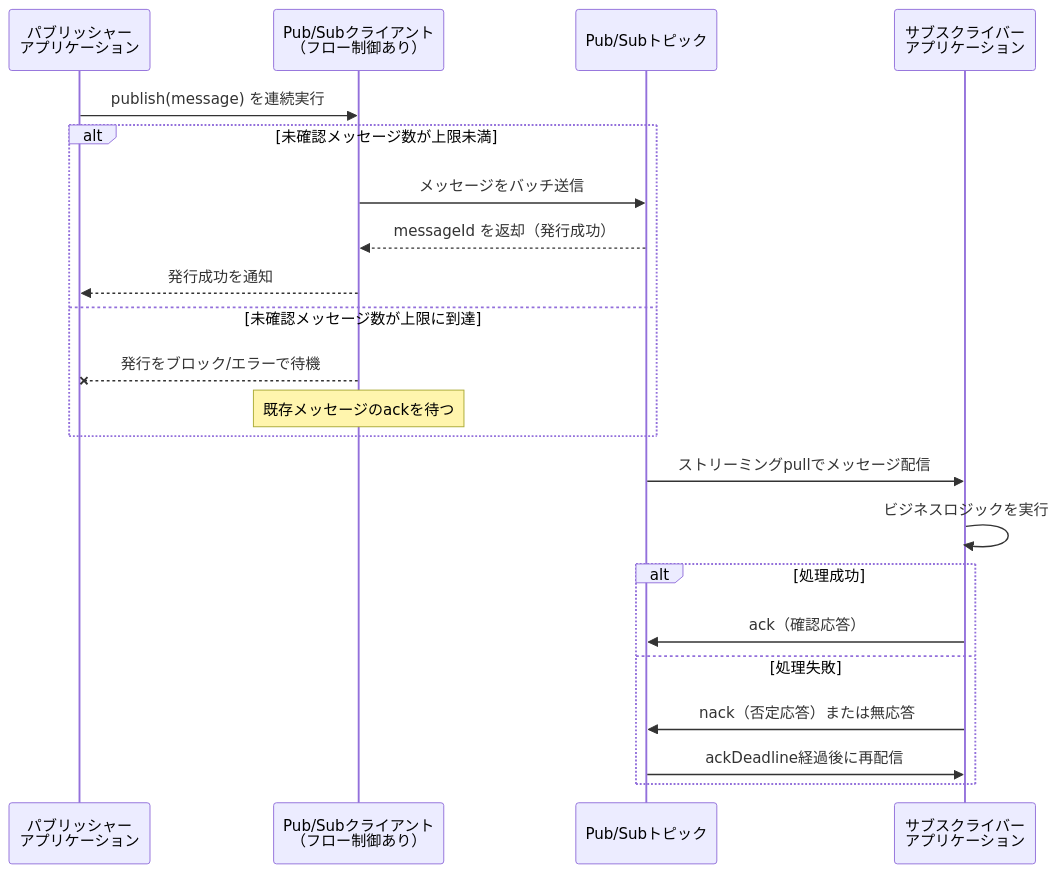
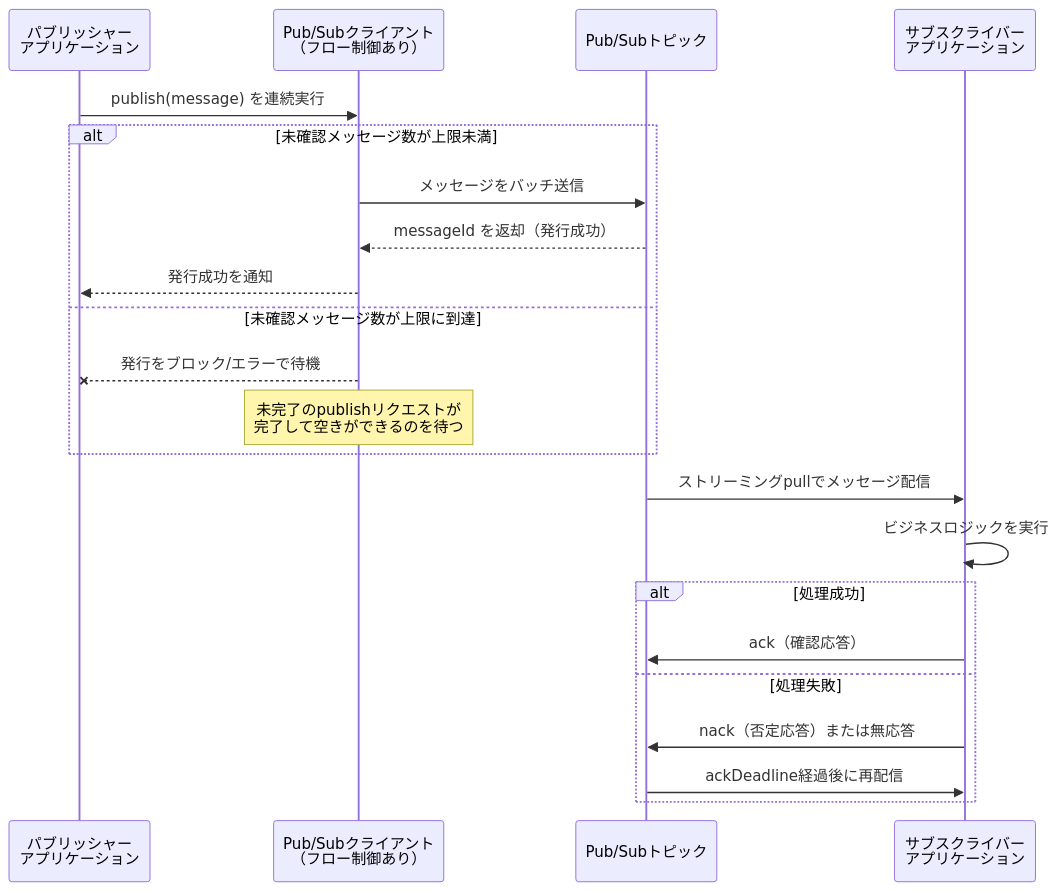
The sixth of 15 diagrams in Gcp-professional-cloud-developer-section4.md (myoshi2891/Cloud-Infrastructure-Studies), drawn with Mermaid before and after one commit. The commit also changed other lines of this file and 1 other file, not shown here.

````diff
--- a/Gcp-professional-cloud-developer-section4.md
+++ b/Gcp-professional-cloud-developer-section4.md
@@ -258,25 +258,25 @@
 ```mermaid
 sequenceDiagram
     participant Pub as パブリッシャー<br/>アプリケーション
     participant Client as Pub/Subクライアント<br/>（フロー制御あり）
     participant Topic as Pub/Subトピック
     participant Sub as サブスクライバー<br/>アプリケーション
 
     Pub->>Client: publish(message) を連続実行
     alt 未確認メッセージ数が上限未満
         Client->>Topic: メッセージをバッチ送信
         Topic-->>Client: messageId を返却（発行成功）
         Client-->>Pub: 発行成功を通知
     else 未確認メッセージ数が上限に到達
         Client--xPub: 発行をブロック/エラーで待機
-        Note over Client: 既存メッセージのackを待つ
+        Note over Client: 未完了のpublishリクエストが<br/>完了して空きができるのを待つ
     end
     Topic->>Sub: ストリーミングpullでメッセージ配信
     Sub->>Sub: ビジネスロジックを実行
     alt 処理成功
         Sub->>Topic: ack（確認応答）
     else 処理失敗
         Sub->>Topic: nack（否定応答）または無応答
         Topic->>Sub: ackDeadline経過後に再配信
     end
 ```
````
